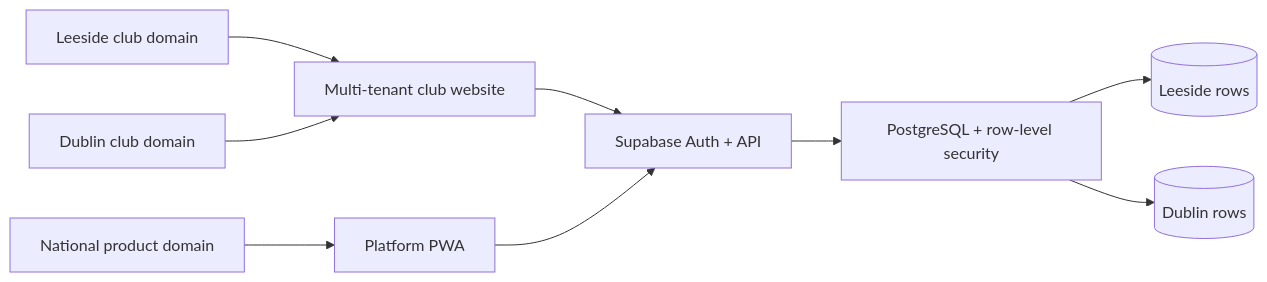
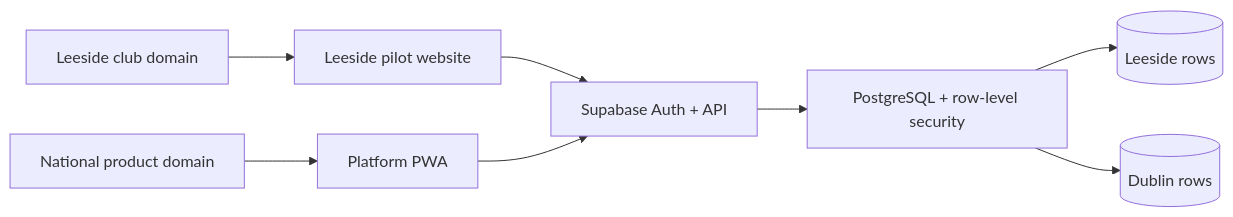
Before and after one commit to tamil07/table-tennis-ireland: the second of 6 diagrams in README.md, drawn with Mermaid. The commit also changed other lines of this file and 63 other files, not shown here.

````diff
--- a/README.md
+++ b/README.md
@@ -38,11 +38,10 @@
 ```mermaid
 flowchart LR
-  LeesideDomain[Leeside club domain] --> ClubWeb[Multi-tenant club website]
-  DublinDomain[Dublin club domain] --> ClubWeb
+  LeesideDomain[Leeside club domain] --> ClubWeb[Leeside pilot website]
   AppDomain[National product domain] --> Platform[Platform PWA]
   ClubWeb --> API[Supabase Auth + API]
   Platform --> API
   API --> RLS[PostgreSQL + row-level security]
   RLS --> ClubA[(Leeside rows)]
   RLS --> ClubB[(Dublin rows)]
 ```
````
